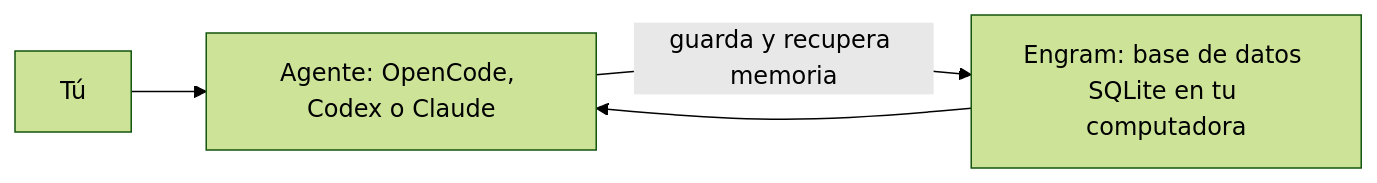
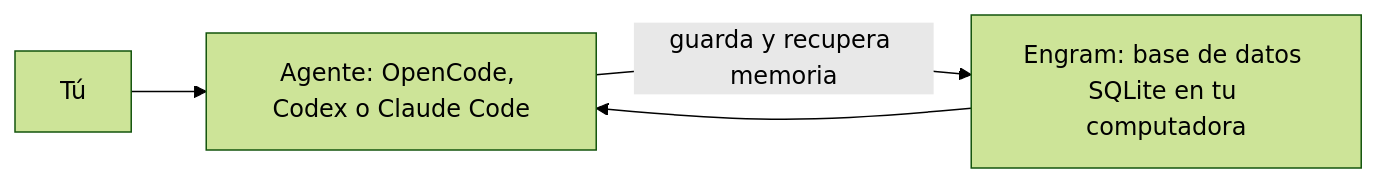
The fourth of 4 diagrams in src/content/docs/01-fundamentos-tecnologicos/05-bases-de-datos.md (harrysxavio/gentle-ai-manual), drawn with Mermaid (forest theme) before and after one commit. The commit also changed other lines of this file and 4 other files, not shown here.

````diff
--- a/src/content/docs/01-fundamentos-tecnologicos/05-bases-de-datos.md
+++ b/src/content/docs/01-fundamentos-tecnologicos/05-bases-de-datos.md
@@ -162,6 +162,6 @@
 ```mermaid
 flowchart LR
-    U["Tú"] --> A["Agente: OpenCode, Codex o Claude"]
+    U["Tú"] --> A["Agente: OpenCode, Codex o Claude Code"]
     A -->|"guarda y recupera memoria"| E["Engram: base de datos SQLite en tu computadora"]
     E --> A
 ```
````
